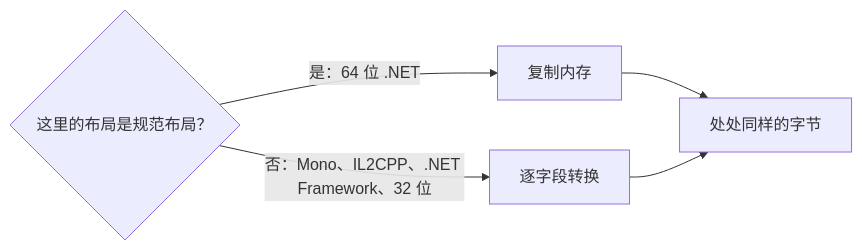
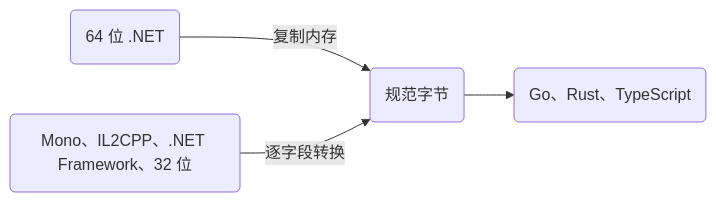
Before and after one commit to JasonXuDeveloper/Nino.Docs: the diagram in content/docs/v4/struct-layouts.zh.mdx, drawn with Mermaid. The commit also changed 14 other files, not shown here.

First line of the commit message:
docs(v4): compact diagrams, decision trees as tables, a 420px cap

````diff
--- a/content/docs/v4/struct-layouts.zh.mdx
+++ b/content/docs/v4/struct-layouts.zh.mdx
@@ -14,7 +14,6 @@
 ```mermaid
 flowchart LR
-  Q{这里的布局是规范布局？} -- "是：64 位 .NET" --> C[复制内存]
-  Q -- "否：Mono、IL2CPP、.NET Framework、32 位" --> V[逐字段转换]
-  C --> B[处处同样的字节]
-  V --> B
+  A(64 位 .NET) -->|复制内存| B(规范字节)
+  C(Mono、IL2CPP、.NET Framework、32 位) -->|逐字段转换| B
+  B --> D(Go、Rust、TypeScript)
 ```
````
